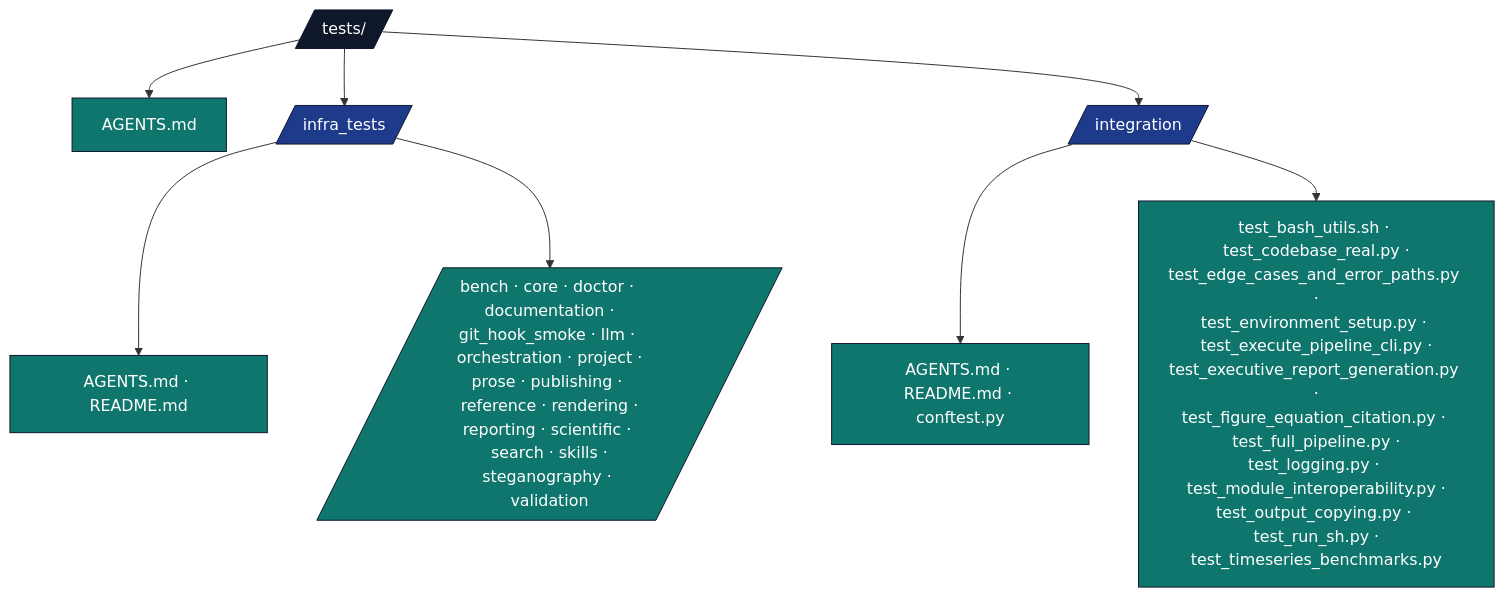
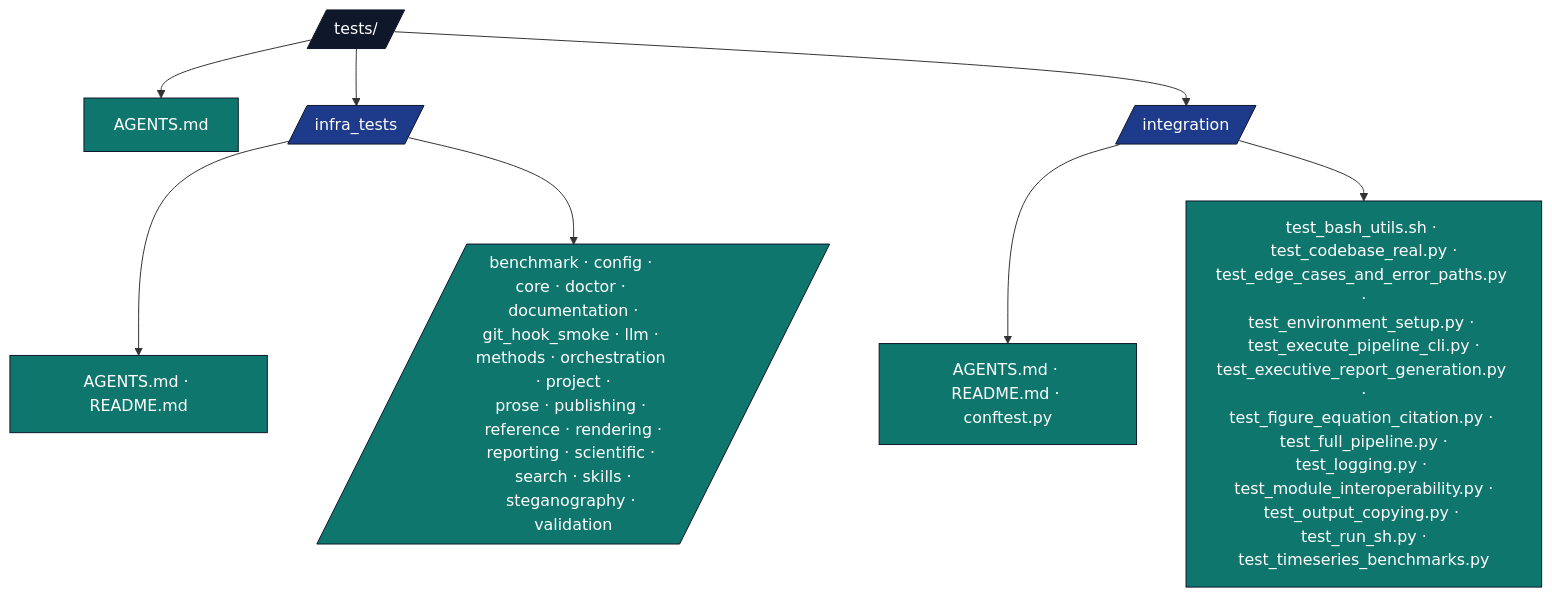
Before and after one commit to docxology/template: the diagram in tests/README.md, drawn with Mermaid. The commit also changed 126 other files, not shown here.

First line of the commit message:
feat: deep research, output validation, Kmyth steganography, and infra refresh

````diff
--- a/tests/README.md
+++ b/tests/README.md
@@ -26,20 +26,20 @@
 ```mermaid
 flowchart TB
     T[/tests//]
     T --> T_AG[AGENTS.md]
     T --> INFRA_T[/infra_tests/]
     T --> INTEG[/integration/]
 
     INFRA_T --> INFRA_DOCS[AGENTS.md · README.md]
-    INFRA_T --> INFRA_SUB[/bench · core · doctor · documentation ·<br/>git_hook_smoke · llm · orchestration · project ·<br/>prose · publishing · reference · rendering ·<br/>reporting · scientific · search · skills ·<br/>steganography · validation/]
+    INFRA_T --> INFRA_SUB[/benchmark · config · core · doctor · documentation ·<br/>git_hook_smoke · llm · methods · orchestration · project ·<br/>prose · publishing · reference · rendering ·<br/>reporting · scientific · search · skills ·<br/>steganography · validation/]
 
     INTEG --> INT_DOCS[AGENTS.md · README.md · conftest.py]
     INTEG --> INT_FILES[test_bash_utils.sh · test_codebase_real.py ·<br/>test_edge_cases_and_error_paths.py ·<br/>test_environment_setup.py · test_execute_pipeline_cli.py ·<br/>test_executive_report_generation.py ·<br/>test_figure_equation_citation.py · test_full_pipeline.py ·<br/>test_logging.py · test_module_interoperability.py ·<br/>test_output_copying.py · test_run_sh.py ·<br/>test_timeseries_benchmarks.py]
 
     classDef d fill:#0f172a,stroke:#0f172a,color:#fff
     classDef pkg fill:#1e3a8a,stroke:#0f172a,color:#fff
     classDef f fill:#0f766e,stroke:#0f172a,color:#fff
     class T d
     class INFRA_T,INTEG pkg
     class T_AG,INFRA_DOCS,INFRA_SUB,INT_DOCS,INT_FILES f
 ```
````
